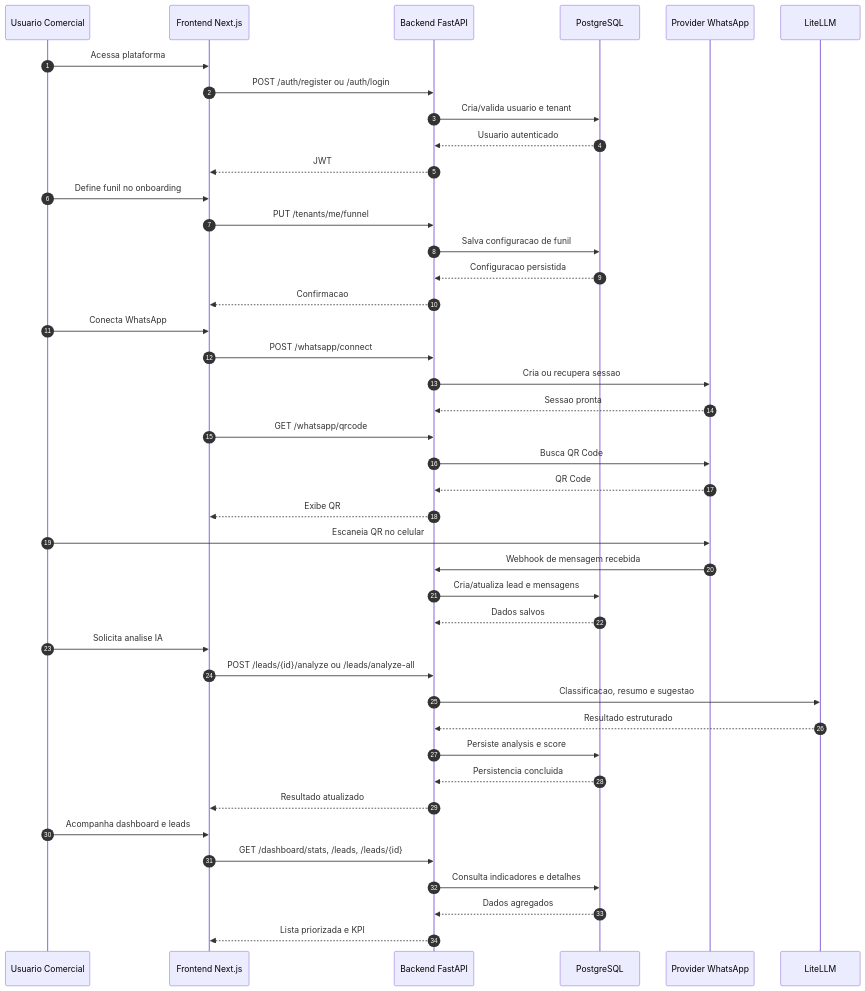
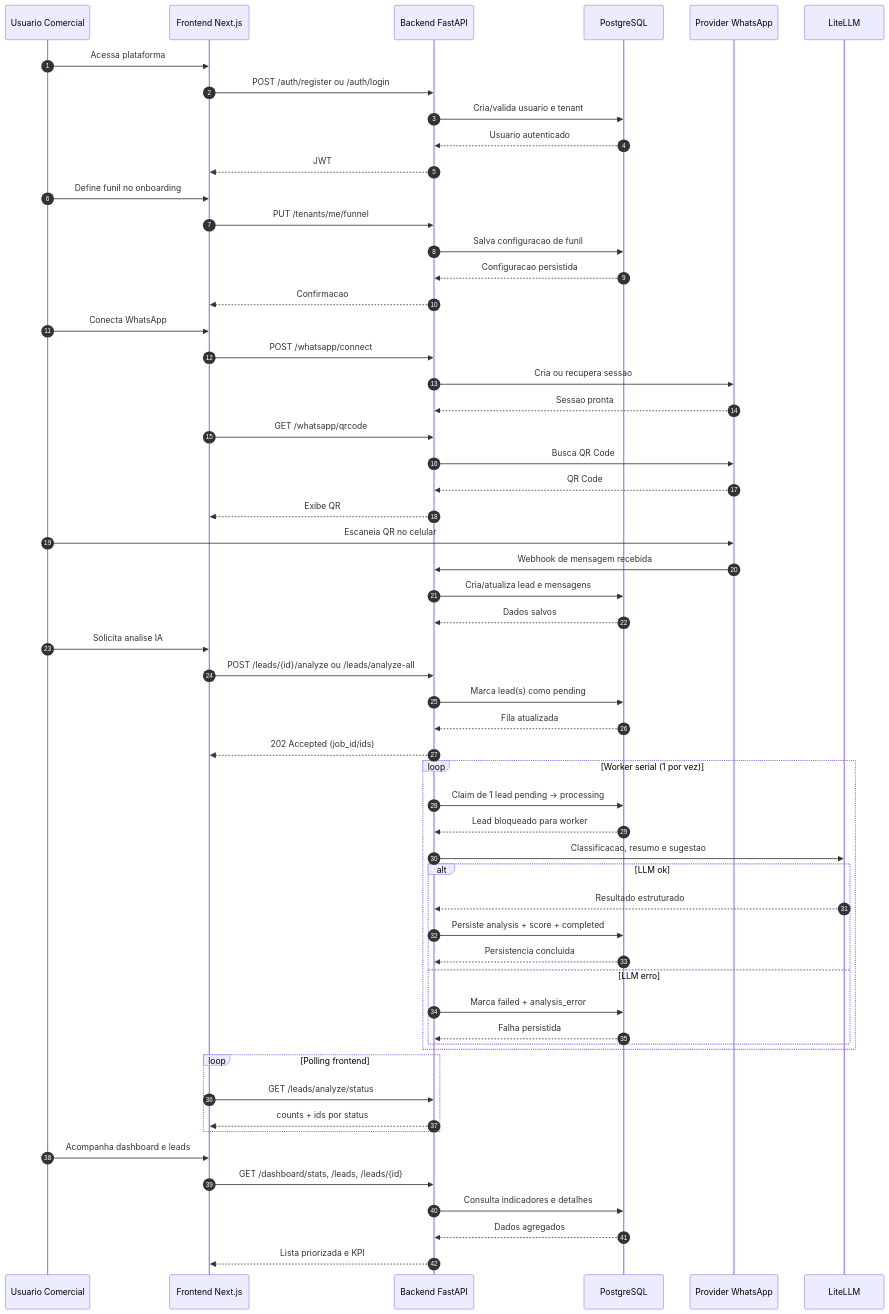
The first of 8 diagrams in .github/CUSTOMER_JOURNEY_SEQUENCE_DIAGRAMS.md (willrockoliv/gestor-de-leads-do-whatsapp), drawn with Mermaid before and after one commit. The commit also changed other lines of this file and 3 other files, not shown here.

Commit message:
docs(llm): document async analysis flow and execution progress

````diff
--- a/.github/CUSTOMER_JOURNEY_SEQUENCE_DIAGRAMS.md
+++ b/.github/CUSTOMER_JOURNEY_SEQUENCE_DIAGRAMS.md
@@ -7,50 +7,67 @@
 ```mermaid
 sequenceDiagram
     autonumber
     participant U as Usuario Comercial
     participant FE as Frontend Next.js
     participant BE as Backend FastAPI
     participant DB as PostgreSQL
     participant WA as Provider WhatsApp
     participant LLM as LiteLLM
 
     U->>FE: Acessa plataforma
     FE->>BE: POST /auth/register ou /auth/login
     BE->>DB: Cria/valida usuario e tenant
     DB-->>BE: Usuario autenticado
     BE-->>FE: JWT
 
     U->>FE: Define funil no onboarding
     FE->>BE: PUT /tenants/me/funnel
     BE->>DB: Salva configuracao de funil
     DB-->>BE: Configuracao persistida
     BE-->>FE: Confirmacao
 
     U->>FE: Conecta WhatsApp
     FE->>BE: POST /whatsapp/connect
     BE->>WA: Cria ou recupera sessao
     WA-->>BE: Sessao pronta
     FE->>BE: GET /whatsapp/qrcode
     BE->>WA: Busca QR Code
     WA-->>BE: QR Code
     BE-->>FE: Exibe QR
     U->>WA: Escaneia QR no celular
 
     WA->>BE: Webhook de mensagem recebida
     BE->>DB: Cria/atualiza lead e mensagens
     DB-->>BE: Dados salvos
 
     U->>FE: Solicita analise IA
     FE->>BE: POST /leads/{id}/analyze ou /leads/analyze-all
-    BE->>LLM: Classificacao, resumo e sugestao
-    LLM-->>BE: Resultado estruturado
-    BE->>DB: Persiste analysis e score
-    DB-->>BE: Persistencia concluida
-    BE-->>FE: Resultado atualizado
+    BE->>DB: Marca lead(s) como pending
+    DB-->>BE: Fila atualizada
+    BE-->>FE: 202 Accepted (job_id/ids)
+
+    loop Worker serial (1 por vez)
+        BE->>DB: Claim de 1 lead pending -> processing
+        DB-->>BE: Lead bloqueado para worker
+        BE->>LLM: Classificacao, resumo e sugestao
+        alt LLM ok
+            LLM-->>BE: Resultado estruturado
+            BE->>DB: Persiste analysis + score + completed
+            DB-->>BE: Persistencia concluida
+        else LLM erro
+            BE->>DB: Marca failed + analysis_error
+            DB-->>BE: Falha persistida
+        end
+    end
+
+    loop Polling frontend
+        FE->>BE: GET /leads/analyze/status
+        BE-->>FE: counts + ids por status
+    end
 
     U->>FE: Acompanha dashboard e leads
     FE->>BE: GET /dashboard/stats, /leads, /leads/{id}
     BE->>DB: Consulta indicadores e detalhes
     DB-->>BE: Dados agregados
     BE-->>FE: Lista priorizada e KPI
 ```
````
